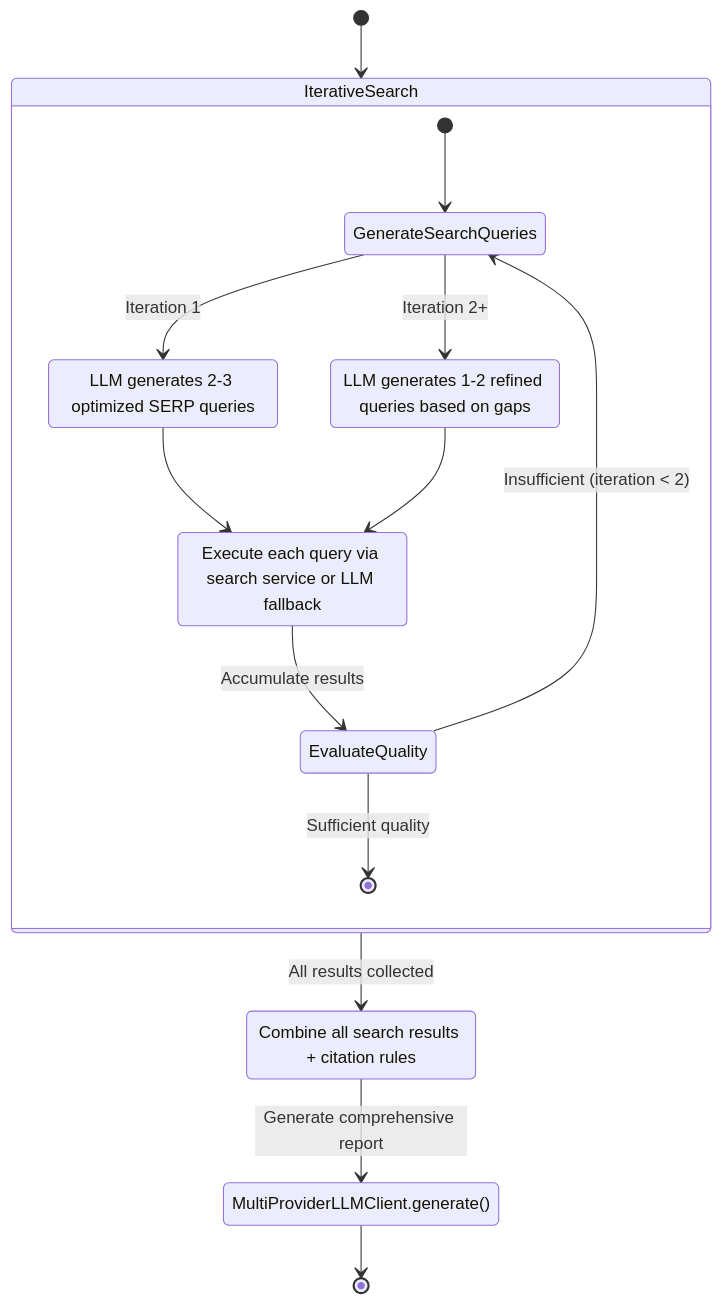
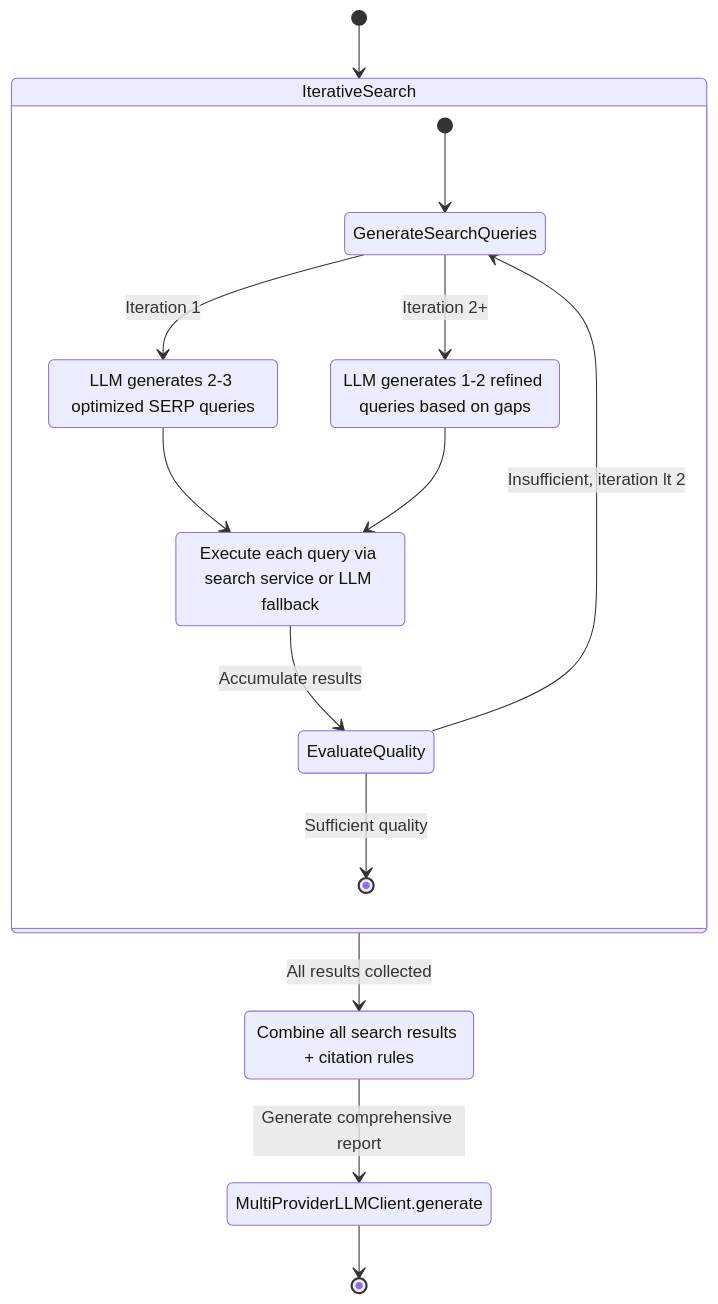
The fourth of 7 diagrams in Architecture_Refactoring_Toolkit/project_docs/11_processing_mode_state_machines.md (Zenobia000/openagent_backend), drawn with Mermaid before and after one commit. The commit also changed other lines of this file and 56 other files, not shown here.

````diff
--- a/Architecture_Refactoring_Toolkit/project_docs/11_processing_mode_state_machines.md
+++ b/Architecture_Refactoring_Toolkit/project_docs/11_processing_mode_state_machines.md
@@ -220,31 +226,31 @@
 ```mermaid
 stateDiagram-v2
     [*] --> IterativeSearch
 
     state IterativeSearch {
         [*] --> GenerateSearchQueries
 
         state GenerateSearchQueries <<choice>>
         GenerateSearchQueries --> GenerateSERP: Iteration 1
         GenerateSearchQueries --> RefineQueries: Iteration 2+
 
         GenerateSERP: LLM generates 2-3 optimized SERP queries
         RefineQueries: LLM generates 1-2 refined queries based on gaps
 
         GenerateSERP --> ExecuteSearches
         RefineQueries --> ExecuteSearches
 
         ExecuteSearches: Execute each query via search service or LLM fallback
         ExecuteSearches --> EvaluateQuality: Accumulate results
 
         state EvaluateQuality <<choice>>
-        EvaluateQuality --> GenerateSearchQueries: Insufficient (iteration < 2)
+        EvaluateQuality --> GenerateSearchQueries: Insufficient, iteration lt 2
         EvaluateQuality --> [*]: Sufficient quality
     }
 
     IterativeSearch --> SynthesizeResults: All results collected
     SynthesizeResults: Combine all search results + citation rules
     SynthesizeResults --> CallLLM: Generate comprehensive report
-    CallLLM: MultiProviderLLMClient.generate()
+    CallLLM: MultiProviderLLMClient.generate
     CallLLM --> [*]
 ```
````
